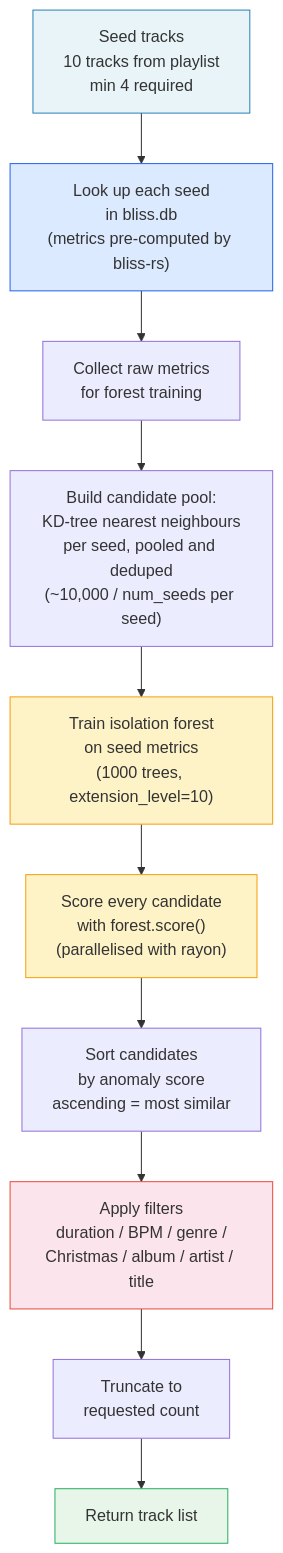
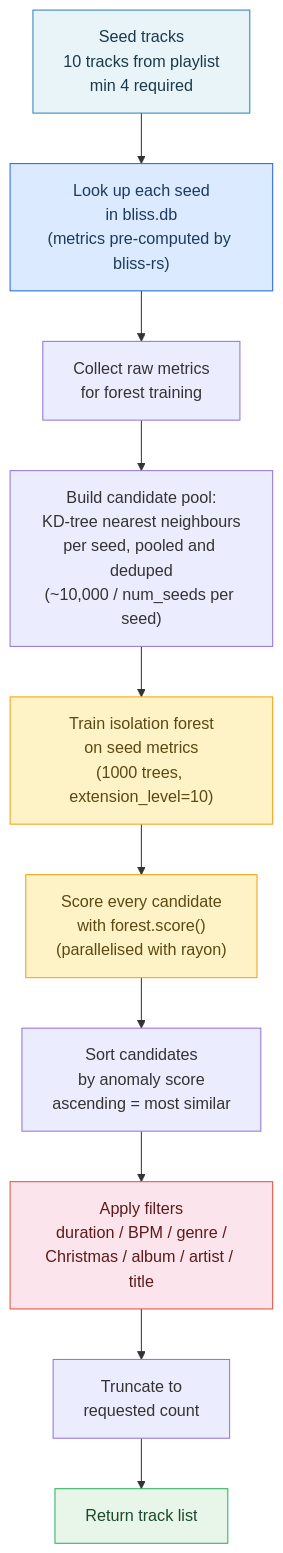
Before and after one commit to chrober/lms-blissmixer: the third of 4 diagrams in ALGORITHMS.md, drawn with Mermaid. The commit also changed other lines of this file and 1 other file, not shown here.

````diff
--- a/ALGORITHMS.md
+++ b/ALGORITHMS.md
@@ -123,19 +124,19 @@
 ```mermaid
 flowchart TD
     A[Seed tracks<br/>10 tracks from playlist<br/>min 4 required] --> B["Look up each seed<br/>in bliss.db<br/>(metrics pre-computed by bliss-rs)"]
     B --> C["Collect raw metrics<br/>for forest training"]
     C --> D["Build candidate pool:<br/>KD-tree nearest neighbours<br/>per seed, pooled and deduped<br/>(~10,000 / num_seeds per seed)"]
     D --> E["Train isolation forest<br/>on seed metrics<br/>(1000 trees, extension_level=10)"]
     E --> F["Score every candidate<br/>with forest.score()<br/>(parallelised with rayon)"]
     F --> G[Sort candidates<br/>by anomaly score<br/>ascending = most similar]
     G --> H[Apply filters<br/>duration / BPM / genre /<br/>Christmas / album / artist / title]
     H --> I[Truncate to<br/>requested count]
     I --> J[Return track list]
 
-    style A fill:#e8f4f8,stroke:#2980b9
-    style B fill:#dbeafe,stroke:#2563eb
-    style E fill:#fef3c7,stroke:#f59e0b
-    style F fill:#fef3c7,stroke:#f59e0b
-    style H fill:#fce4ec,stroke:#e74c3c
-    style J fill:#e8f5e9,stroke:#27ae60
+    style A fill:#e8f4f8,stroke:#2980b9,color:#1a3a4a
+    style B fill:#dbeafe,stroke:#2563eb,color:#1e3a5f
+    style E fill:#fef3c7,stroke:#f59e0b,color:#5c4813
+    style F fill:#fef3c7,stroke:#f59e0b,color:#5c4813
+    style H fill:#fce4ec,stroke:#e74c3c,color:#5c1a1a
+    style J fill:#e8f5e9,stroke:#27ae60,color:#1a4a2a
 ```
````
